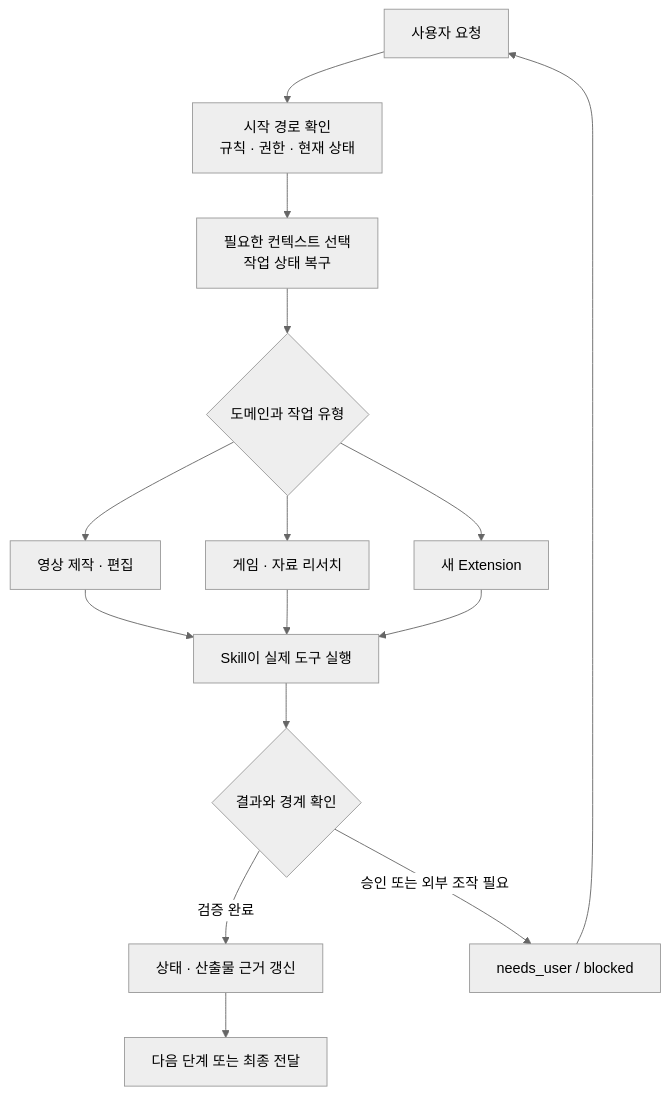
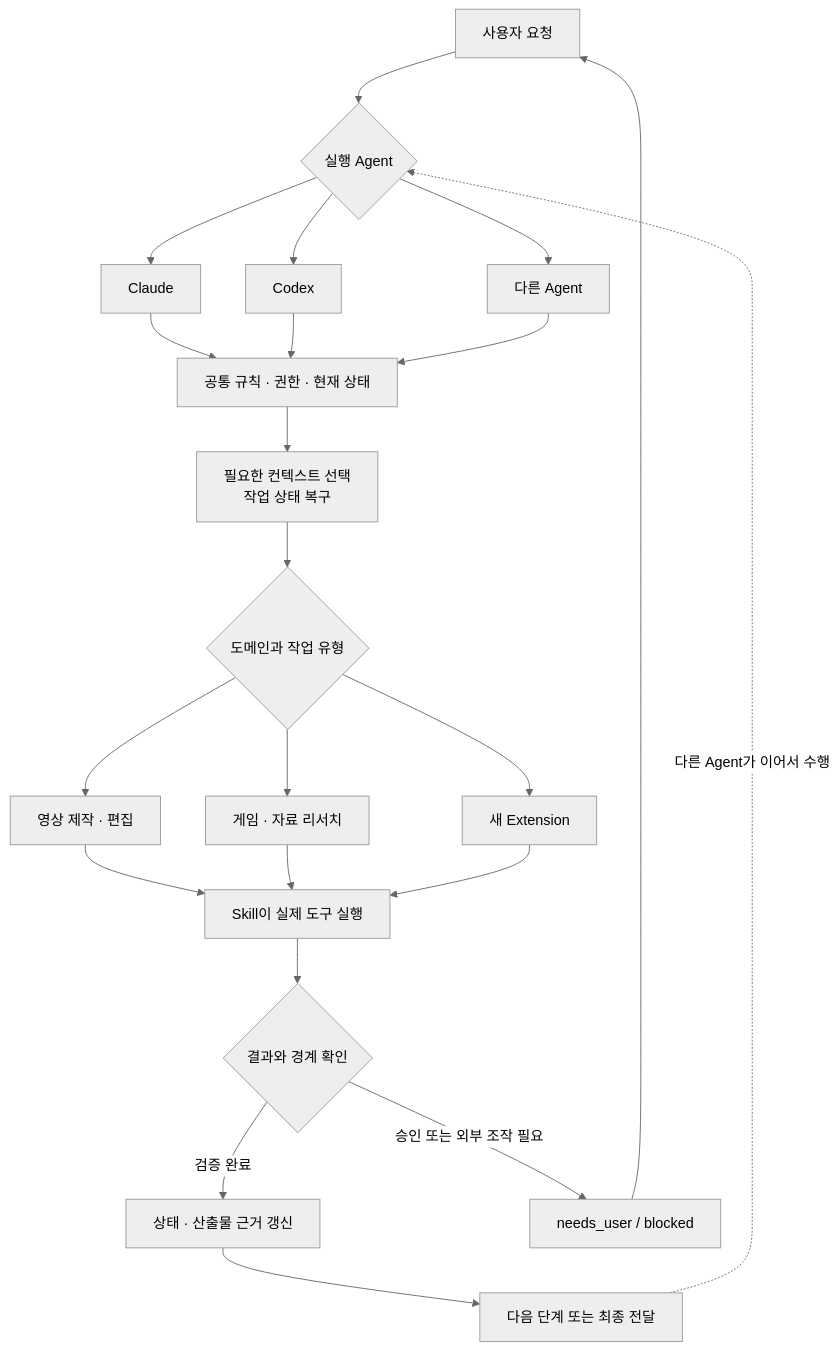
One commit to HughKim87/Creator changed the diagram in README.md. Above: the diagram before and after it, drawn with Mermaid (neutral theme). The commit also changed other lines of this file, not shown here.

Commit message:
docs: 다중 Agent 협업 목적 명확화

````diff
--- a/README.md
+++ b/README.md
@@ -32,20 +38,27 @@
 ```mermaid
 flowchart TD
-    U["사용자 요청"] --> R["시작 경로 확인<br/>규칙 · 권한 · 현재 상태"]
+    U["사용자 요청"] --> A{"실행 Agent"}
+    A --> CL["Claude"]
+    A --> CX["Codex"]
+    A --> OA["다른 Agent"]
+    CL --> R["공통 규칙 · 권한 · 현재 상태"]
+    CX --> R
+    OA --> R
     R --> C["필요한 컨텍스트 선택<br/>작업 상태 복구"]
     C --> D{"도메인과 작업 유형"}
 
     D --> V["영상 제작 · 편집"]
     D --> G["게임 · 자료 리서치"]
     D --> X["새 Extension"]
 
     V --> S["Skill이 실제 도구 실행"]
     G --> S
     X --> S
 
     S --> Q{"결과와 경계 확인"}
     Q -->|"검증 완료"| W["상태 · 산출물 근거 갱신"]
     Q -->|"승인 또는 외부 조작 필요"| H["needs_user / blocked"]
     W --> N["다음 단계 또는 최종 전달"]
     H --> U
+    N -. "다른 Agent가 이어서 수행" .-> A
 ```
````
